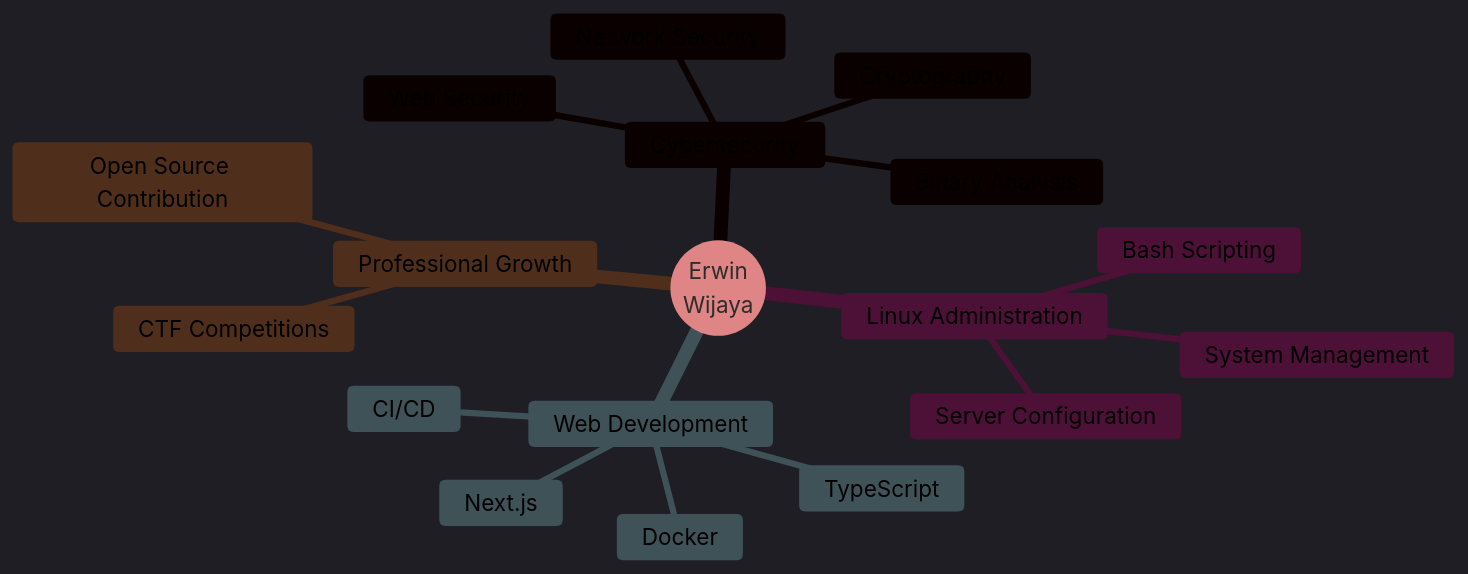
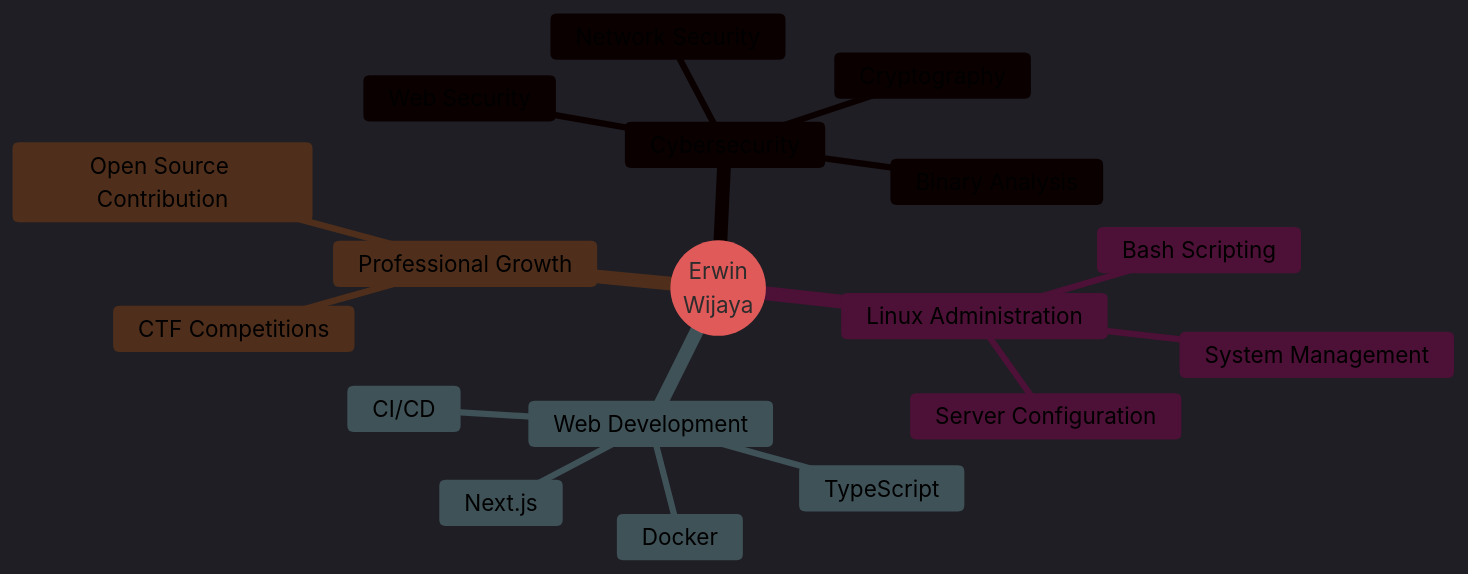
Before and after one commit to Romm31/Romm31: the diagram in README.md, drawn with Mermaid. The commit also changed other lines of this file, not shown here.

Commit message:
Update section headers and color themes in README

````diff
--- a/README.md
+++ b/README.md
@@ -194,46 +194,47 @@
 ```mermaid
 %%{init: {'theme': 'dark', 'themeVariables': {
   'fontSize': '18px',
   'fontFamily': 'arial',
   'darkMode': 'true',
   'background': '#0d0d0d',
-  'primaryColor': '#b30000',
+  'primaryColor': '#e63946',
   'primaryTextColor': '#ffffff',
-  'primaryBorderColor': '#ff4d4d',
-  'lineColor': '#ff4d4d',
-  'secondaryColor': '#cc3333',
-  'secondaryTextColor': '#fff',
-  'secondaryBorderColor': '#ff4d4d',
-  'tertiaryColor': '#ff6666',
-  'tertiaryTextColor': '#1a1a1a',
-  'tertiaryBorderColor': '#ff4d4d',
+  'primaryBorderColor': '#ff6b6b',
+  'lineColor': '#ff6b6b',
+  'secondaryColor': '#b22222',
+  'secondaryTextColor': '#ffffff',
+  'secondaryBorderColor': '#ff6b6b',
+  'tertiaryColor': '#ffb347',
+  'tertiaryTextColor': '#000000',
+  'tertiaryBorderColor': '#ff6b6b',
   'clusterBkg': '#1a1a1a',
-  'clusterBorder': '#ff4d4d',
-  'titleColor': '#ff4d4d',
-  'edgeLabelBackground': '#0d0d0d',
+  'clusterBorder': '#ff6b6b',
+  'titleColor': '#ff6b6b',
+  'edgeLabelBackground': '#1a1a1a',
   'nodeTextColor': '#ffffff',
-  'mainBkg': '#b30000',
-  'nodeBorder': '#ff4d4d',
+  'mainBkg': '#e63946',
+  'nodeBorder': '#ff6b6b',
   'textColor': '#ffffff'
 }}}%%
+
 
 mindmap
   root((Erwin<br/>Wijaya))
     Cybersecurity
       Web Security
       Cryptography
       Binary Analysis
       Network Security
     Linux Administration
       System Management
       Bash Scripting
       Server Configuration
     Web Development
       Next.js
       TypeScript
       Docker
       CI/CD
     Professional Growth
       CTF Competitions
       Open Source Contribution
 ```
````
